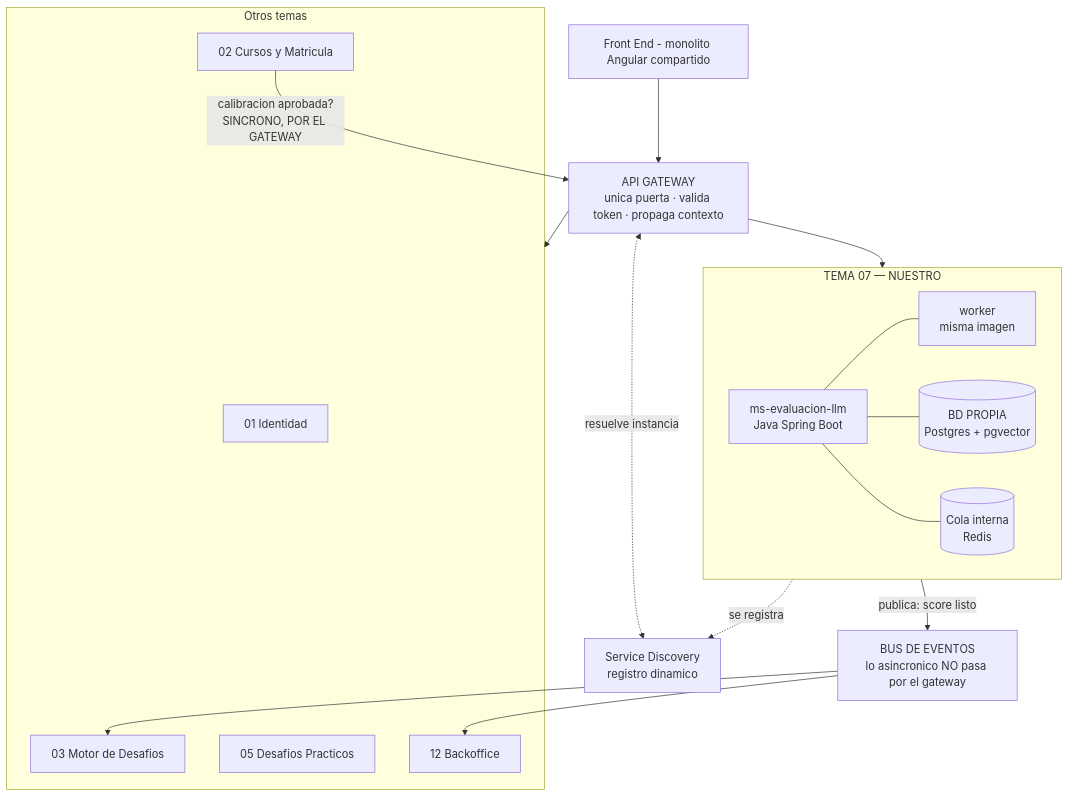
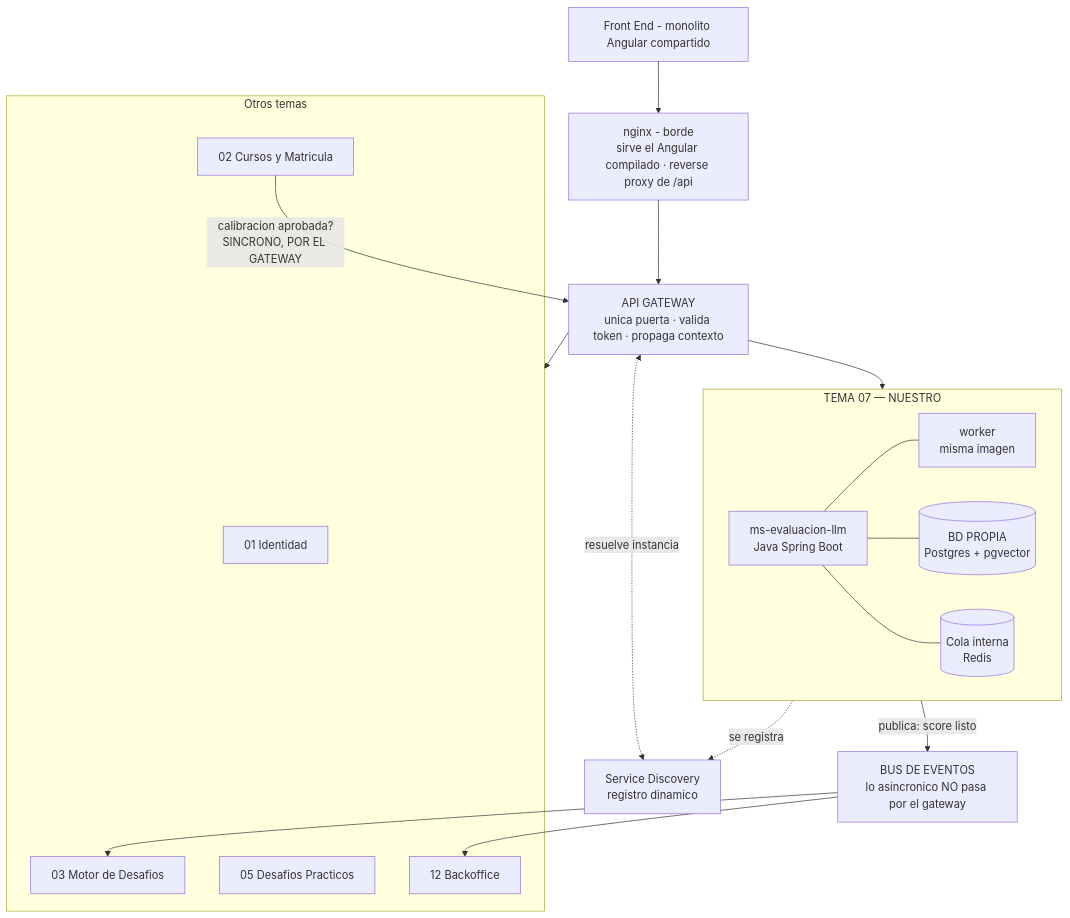
One commit to facundosoria/Doc-Tpi-Programacion changed the first of 2 diagrams in docs/02-arquitectura-y-stack.md. Above: the diagram before and after it, drawn with Mermaid. The commit also changed other lines of this file and 7 other files, not shown here.

````diff
--- a/docs/02-arquitectura-y-stack.md
+++ b/docs/02-arquitectura-y-stack.md
@@ -62,36 +62,38 @@
 ```mermaid
 flowchart TB
     FE["Front End - monolito Angular compartido"]
+    NX["nginx - borde<br/>sirve el Angular compilado · reverse proxy de /api"]
     GW["API GATEWAY<br/>unica puerta · valida token · propaga contexto"]
     SD["Service Discovery<br/>registro dinamico"]
 
     subgraph otros["Otros temas"]
         T01["01 Identidad"]
         T02["02 Cursos y Matricula"]
         T03["03 Motor de Desafios"]
         T05["05 Desafios Practicos"]
         T12["12 Backoffice"]
     end
 
     subgraph nuestro["TEMA 07 — NUESTRO"]
         MS["ms-evaluacion-llm<br/>Java Spring Boot"]
         W["worker<br/>misma imagen"]
         DB[("BD PROPIA<br/>Postgres + pgvector")]
         Q[("Cola interna<br/>Redis")]
         MS --- W
         MS --- DB
         MS --- Q
     end
 
     BUS["BUS DE EVENTOS<br/>lo asincronico NO pasa por el gateway"]
 
-    FE --> GW
+    FE --> NX
+    NX --> GW
     GW <-.->|"resuelve instancia"| SD
     GW --> otros
     GW --> nuestro
     nuestro -.->|"se registra"| SD
     T02 -->|"calibracion aprobada?<br/>SINCRONO, POR EL GATEWAY"| GW
     nuestro -->|"publica: score listo"| BUS
     BUS --> T03
     BUS --> T12
 ```
````
